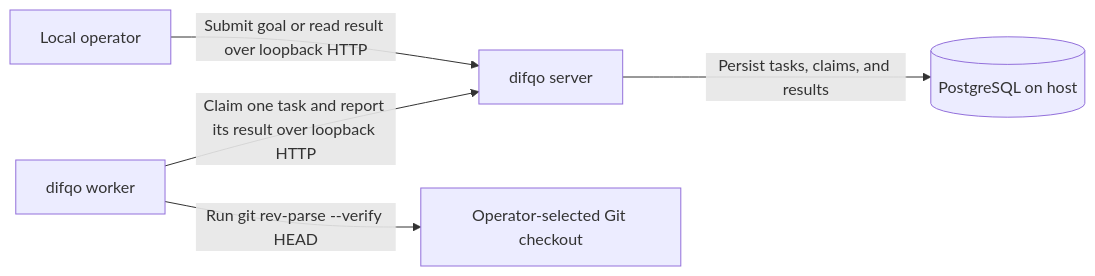
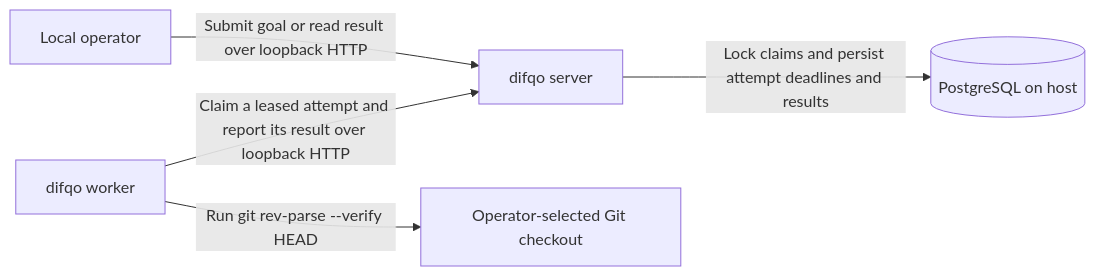
Before and after one commit to nep-ai/difqo: the first of 2 diagrams in docs/architecture.md, drawn with Mermaid. The commit also changed other lines of this file and 7 other files, not shown here.

````diff
--- a/docs/architecture.md
+++ b/docs/architecture.md
@@ -5,7 +5,7 @@
 ```mermaid
 flowchart LR
     Operator["Local operator"] -->|"Submit goal or read result over loopback HTTP"| Server["difqo server"]
-    Worker["difqo worker"] -->|"Claim one task and report its result over loopback HTTP"| Server
-    Server -->|"Persist tasks, claims, and results"| Postgres[("PostgreSQL on host")]
+    Worker["difqo worker"] -->|"Claim a leased attempt and report its result over loopback HTTP"| Server
+    Server -->|"Lock claims and persist attempt deadlines and results"| Postgres[("PostgreSQL on host")]
     Worker -->|"Run git rev-parse --verify HEAD"| Repo["Operator-selected Git checkout"]
 ```
````
